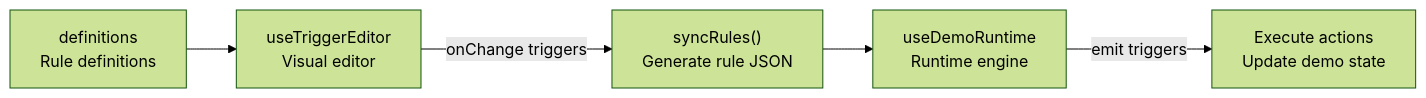
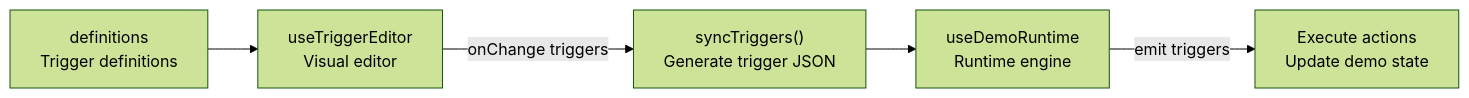
The third of 4 diagrams in README.md (triggerix-lang/triggerix-lang.github.io), drawn with Mermaid (forest theme) before and after one commit. The commit also changed other lines of this file and 15 other files, not shown here.

Commit message:
refactor: rename rule to trigger across codebase

````diff
--- a/README.md
+++ b/README.md
@@ -237,7 +237,7 @@
 ```mermaid
 flowchart LR
-    Defs["definitions<br/>Rule definitions"] --> Editor3["useTriggerEditor<br/>Visual editor"]
-    Editor3 -->|onChange triggers| Sync["syncRules()<br/>Generate rule JSON"]
+    Defs["definitions<br/>Trigger definitions"] --> Editor3["useTriggerEditor<br/>Visual editor"]
+    Editor3 -->|onChange triggers| Sync["syncTriggers()<br/>Generate trigger JSON"]
     Sync --> Runtime3["useDemoRuntime<br/>Runtime engine"]
     Runtime3 -->|emit triggers| Exec["Execute actions<br/>Update demo state"]
 ```
````
